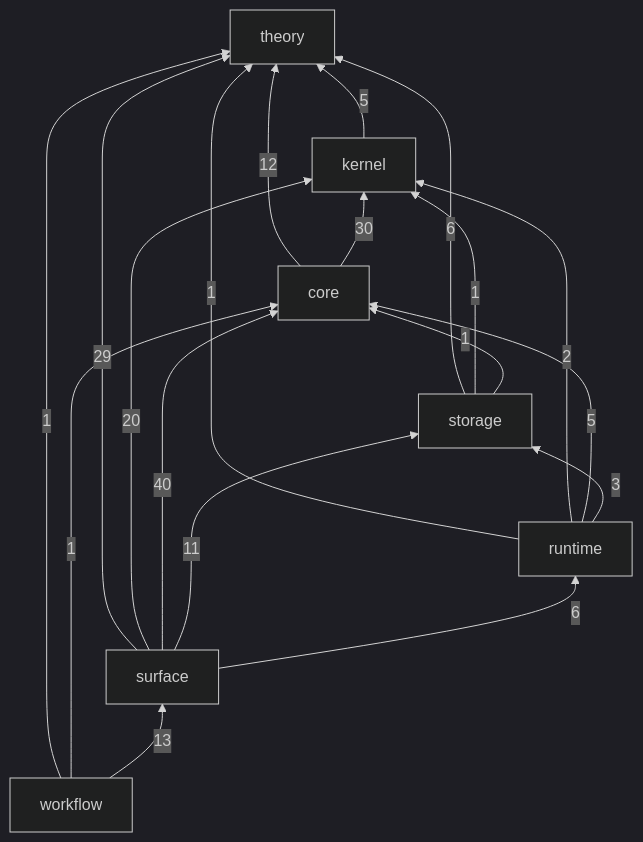
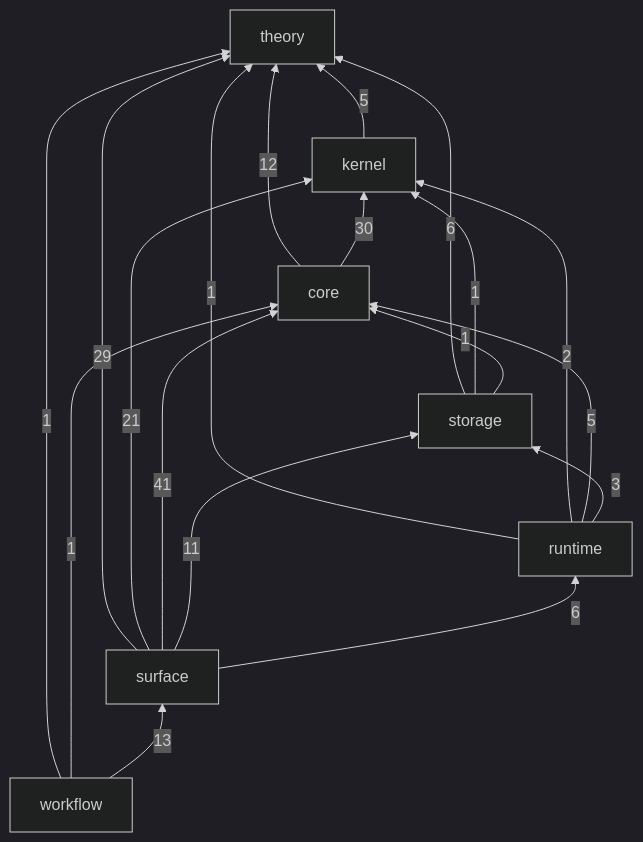
Before and after one commit to gandr-lang/gandr: the diagram in ledger/README.md, drawn with Mermaid (dark theme). The commit also changed 31 other files, not shown here.

````diff
--- a/ledger/README.md
+++ b/ledger/README.md
@@ -28,28 +28,28 @@
 ```mermaid
 flowchart BT
   theory
   kernel
   core
   storage
   runtime
   surface
   workflow
   kernel -->|5| theory
   core -->|12| theory
   core -->|30| kernel
   storage -->|6| theory
   storage -->|1| kernel
   storage -->|1| core
   runtime -->|1| theory
   runtime -->|2| kernel
   runtime -->|5| core
   runtime -->|3| storage
   surface -->|29| theory
-  surface -->|20| kernel
-  surface -->|40| core
+  surface -->|21| kernel
+  surface -->|41| core
   surface -->|11| storage
   surface -->|6| runtime
   workflow -->|1| theory
   workflow -->|1| core
   workflow -->|13| surface
 ```
````
